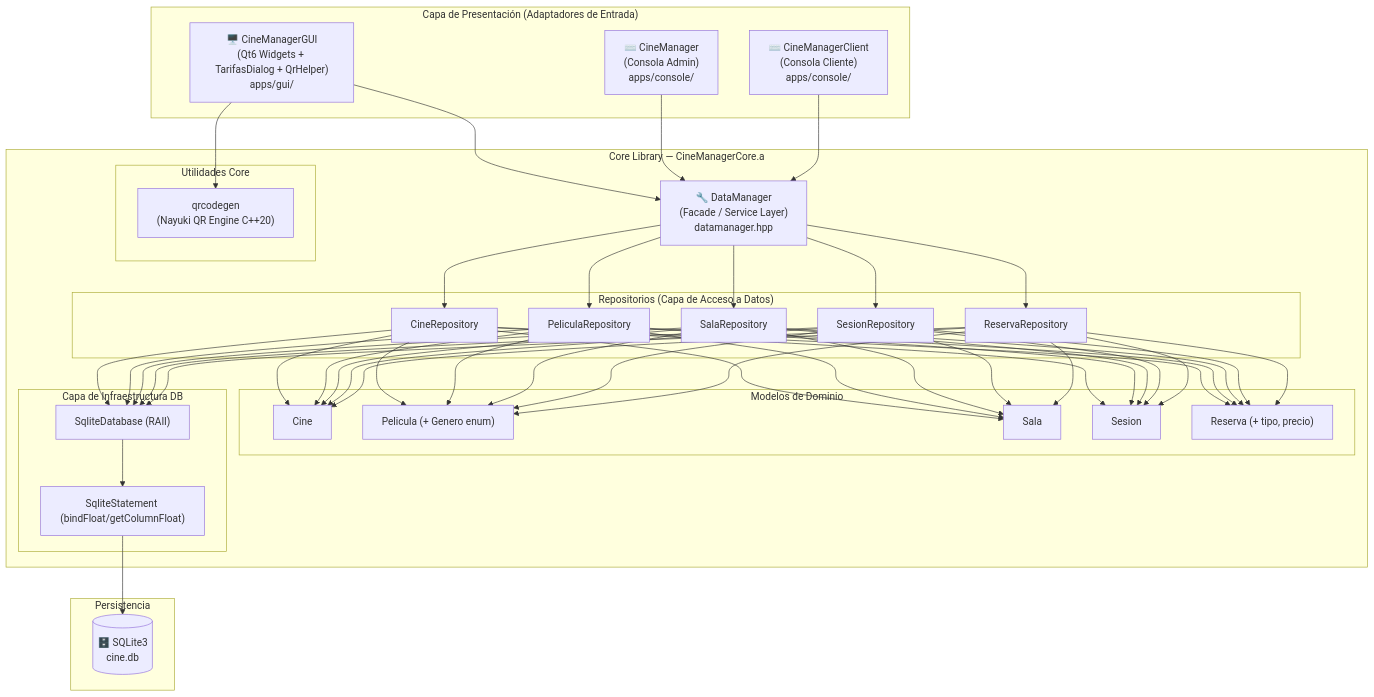
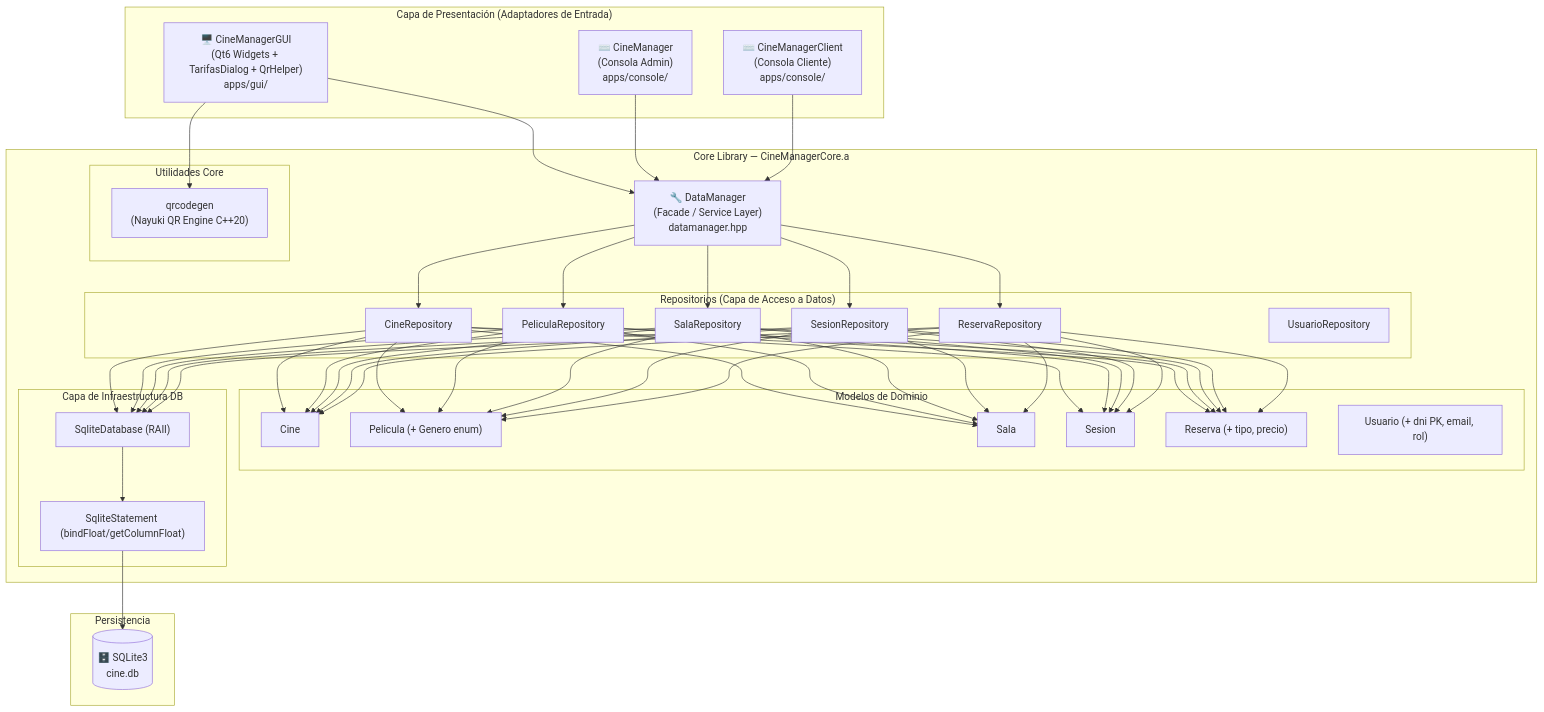
The diagram in docs/dev_documentation.md (jorgebd21/CineManager), drawn with Mermaid before and after one commit. The commit also changed other lines of this file and 1 other file, not shown here.

First line of the commit message:
docs: update roadmap and technical documentation for user authentication

````diff
--- a/docs/dev_documentation.md
+++ b/docs/dev_documentation.md
@@ -28,52 +28,54 @@
 ```mermaid
 graph TB
     subgraph "Capa de Presentación (Adaptadores de Entrada)"
         GUI["🖥️ CineManagerGUI<br/>(Qt6 Widgets + TarifasDialog + QrHelper)<br/>apps/gui/"]
         ADMIN["⌨️ CineManager<br/>(Consola Admin)<br/>apps/console/"]
         CLIENT["⌨️ CineManagerClient<br/>(Consola Cliente)<br/>apps/console/"]
     end
 
     subgraph "Core Library — CineManagerCore.a"
         DM["🔧 DataManager<br/>(Facade / Service Layer)<br/>datamanager.hpp"]
 
         subgraph "Repositorios (Capa de Acceso a Datos)"
             CR["CineRepository"]
             PR["PeliculaRepository"]
             SR["SalaRepository"]
             SER["SesionRepository"]
             RR["ReservaRepository"]
+            UR["UsuarioRepository"]
         end
 
         subgraph "Utilidades Core"
             QR["qrcodegen<br/>(Nayuki QR Engine C++20)"]
         end
 
         subgraph "Modelos de Dominio"
             M1["Cine"]
             M2["Pelicula (+ Genero enum)"]
             M3["Sala"]
             M4["Sesion"]
             M5["Reserva (+ tipo, precio)"]
+            M6["Usuario (+ dni PK, email, rol)"]
         end
 
         subgraph "Capa de Infraestructura DB"
             DB["SqliteDatabase (RAII)"]
             STMT["SqliteStatement (bindFloat/getColumnFloat)"]
         end
     end
 
     subgraph "Persistencia"
         SQLITE[("🗄️ SQLite3<br/>cine.db")]
     end
 
     GUI --> DM
     GUI --> QR
     ADMIN --> DM
     CLIENT --> DM
 
     DM --> CR & PR & SR & SER & RR
     CR & PR & SR & SER & RR --> DB
     CR & PR & SR & SER & RR --> M1 & M2 & M3 & M4 & M5
     DB --> STMT
     STMT --> SQLITE
 ```
````
